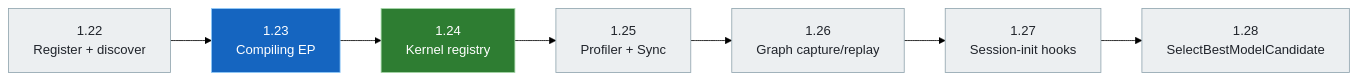
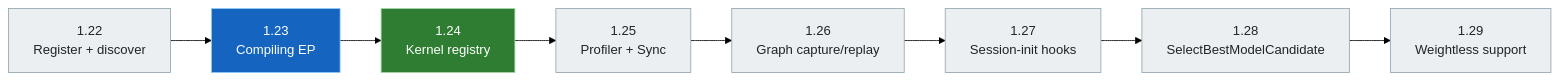
Diagram 11 of 13 in PluginEP/README.md (DakeQQ/Tutorial-ONNX-Runtime-Execution-Providers), drawn with Mermaid (forest theme) before and after one commit. The commit also changed other lines of this file and 42 other files, not shown here.

````diff
--- a/PluginEP/README.md
+++ b/PluginEP/README.md
@@ -401,11 +401,11 @@
 ```mermaid
 flowchart LR
-    V22["1.22<br/>Register + discover"] --> V23["1.23<br/>Compiling EP"] --> V24["1.24<br/>Kernel registry"] --> V25["1.25<br/>Profiler + Sync"] --> V26["1.26<br/>Graph capture/replay"] --> V27["1.27<br/>Session-init hooks"] --> V28["1.28<br/>SelectBestModelCandidate"]
+    V22["1.22<br/>Register + discover"] --> V23["1.23<br/>Compiling EP"] --> V24["1.24<br/>Kernel registry"] --> V25["1.25<br/>Profiler + Sync"] --> V26["1.26<br/>Graph capture/replay"] --> V27["1.27<br/>Session-init hooks"] --> V28["1.28<br/>SelectBestModelCandidate"] --> V29["1.29<br/>Weightless support"]
 
-    class V22,V25,V26,V27,V28 leaf
+    class V22,V25,V26,V27,V28,V29 leaf
     class V23 blue
     class V24 green
     classDef leaf fill:#eceff1,stroke:#90a4ae,color:#20242b
     classDef blue fill:#1565c0,stroke:#90caf9,color:#ffffff
     classDef green fill:#2e7d32,stroke:#a5d6a7,color:#ffffff
 ```
````
